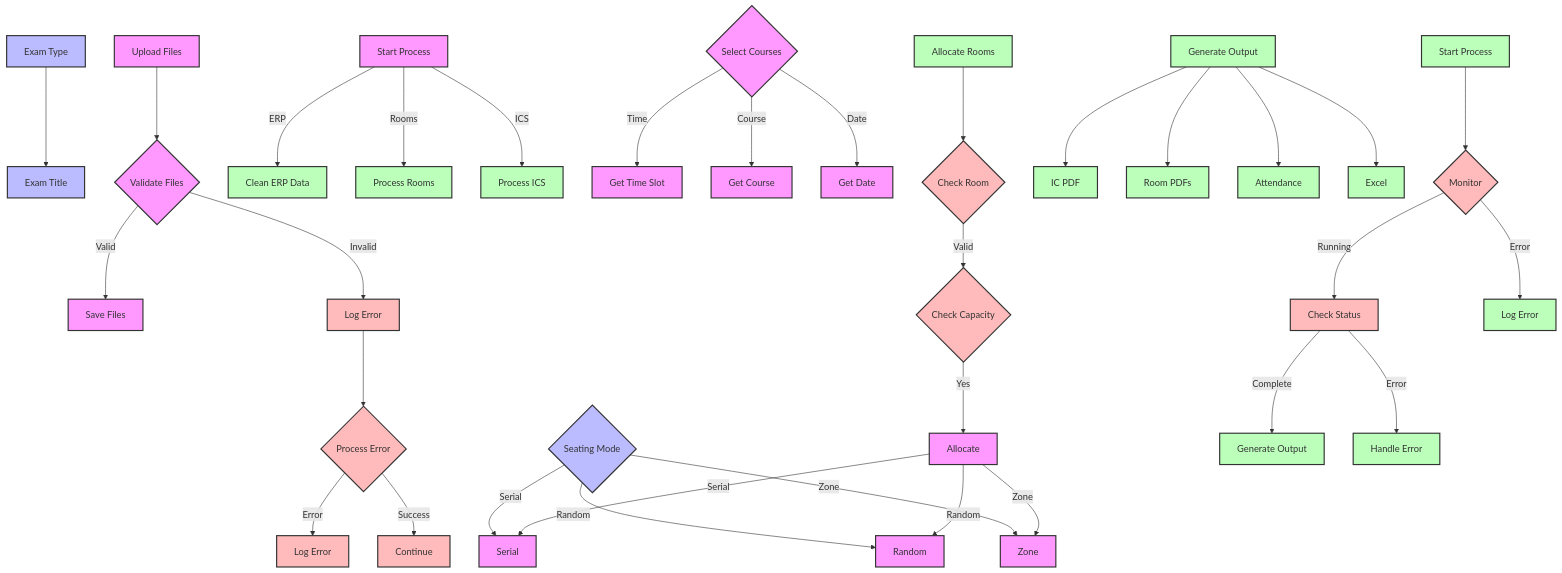
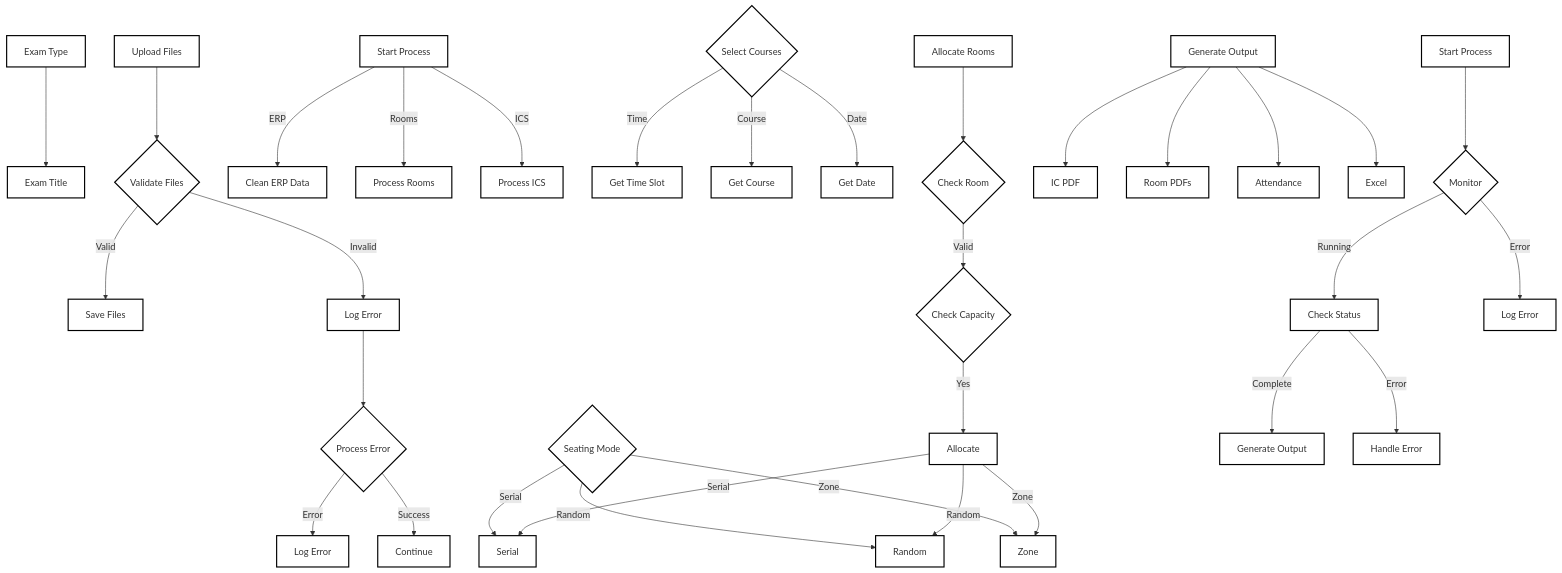
The diagram in CODE_STRUCTURE.md (ishitagod/Seating-Allocation-Software), drawn with Mermaid before and after one commit.

Commit message:
Colors of Flowchart Changed

````diff
--- a/CODE_STRUCTURE.md
+++ b/CODE_STRUCTURE.md
@@ -182,65 +182,65 @@
 ```mermaid
 flowchart TD
     %% User Inputs
     UI1[Exam Type] --> UI2[Exam Title]
     UI3{Seating Mode} -->|Serial| S1[Serial]
     UI3 -->|Random| S2[Random]
     UI3 -->|Zone| S3[Zone]
     
     %% File Upload & Processing
     FU1[Upload Files] --> FU2{Validate Files}
     FU2 -->|Valid| FU3[Save Files]
     FU2 -->|Invalid| EH1[Log Error]
     
     %% Main Process
     A[Start Process] -->|ERP| P1[Clean ERP Data]
     A -->|Rooms| P2[Process Rooms]
     A -->|ICS| P3[Process ICS]
     
     %% Course Selection
     CP1{Select Courses} -->|Time| T1[Get Time Slot]
     CP1 -->|Course| C1[Get Course]
     CP1 -->|Date| D1[Get Date]
     
     %% Room Allocation
     RA1[Allocate Rooms] --> RA2{Check Room}
     RA2 -->|Valid| RA3{Check Capacity}
     RA3 -->|Yes| RA4[Allocate]
     RA4 -->|Serial| S1
     RA4 -->|Random| S2
     RA4 -->|Zone| S3
     
     %% Output Generation
     OG1[Generate Output] --> OG2[IC PDF]
     OG1 --> OG3[Room PDFs]
     OG1 --> OG4[Attendance]
     OG1 --> OG5[Excel]
     
     %% Error Handling
     EH1 --> EH2{Process Error}
     EH2 -->|Error| EH3[Log Error]
     EH2 -->|Success| EH4[Continue]
     
     %% Process Management
     SP1[Start Process] --> SP2{Monitor}
     SP2 -->|Running| SP3[Check Status]
     SP2 -->|Error| SP4[Log Error]
     SP3 -->|Complete| SP5[Generate Output]
     SP3 -->|Error| SP6[Handle Error]
     
     %% Style Definitions
-    classDef default fill:#f9f,stroke:#333,stroke-width:2px
-    classDef input fill:#bbf,stroke:#333,stroke-width:2px
-    classDef process fill:#bfb,stroke:#333,stroke-width:2px
-    classDef decision fill:#fbb,stroke:#333,stroke-width:2px
-    classDef output fill:#bfb,stroke:#333,stroke-width:2px
-    classDef error fill:#fbb,stroke:#333,stroke-width:2px
+    classDef default fill:#fff,stroke:#000,stroke-width:2px
+    classDef input fill:#fff,stroke:#000,stroke-width:2px
+    classDef process fill:#fff,stroke:#000,stroke-width:2px
+    classDef decision fill:#fff,stroke:#000,stroke-width:2px
+    classDef output fill:#fff,stroke:#000,stroke-width:2px
+    classDef error fill:#fff,stroke:#000,stroke-width:2px
     
     %% Apply Styles
-    class UI1,UI2,UI3 input
-    class P1,P2,P3,RA1 process
-    class RA2,RA3,SP2,SP3 decision
-    class OG1,OG2,OG3,OG4,OG5 output
-    class EH1,EH2,EH3,EH4 error
-    class SP1,SP4,SP5,SP6 process
+    class UI1,UI2,UI3 default
+    class P1,P2,P3,RA1 default
+    class RA2,RA3,SP2,SP3 default
+    class OG1,OG2,OG3,OG4,OG5 default
+    class EH1,EH2,EH3,EH4 default
+    class SP1,SP4,SP5,SP6 default
 ```
````
